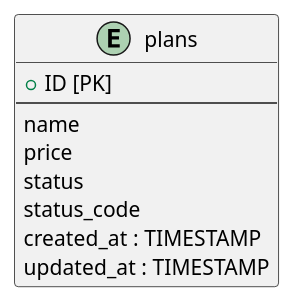
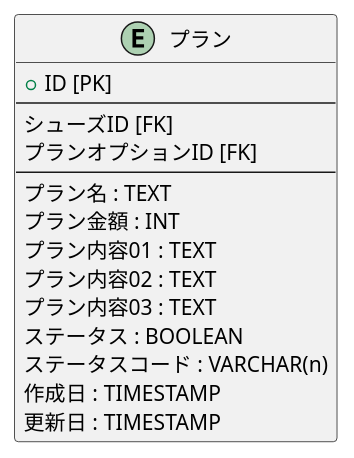
One commit to mybz-inc/sneaker changed the diagram in db/plans.pu. Above: the diagram before and after it, drawn with PlantUML. The commit also changed 17 other files, not shown here.

```diff
--- a/db/plans.pu
+++ b/db/plans.pu
@@ -1,12 +1,18 @@
-@startuml plans
-entity plans {
+@startuml プラン
+entity プラン {
   + ID [PK]
   --
-  name
-  price
-  status
-  status_code
-  created_at : TIMESTAMP
-  updated_at : TIMESTAMP
+  シューズID [FK]
+  プランオプションID [FK]
+  --
+  プラン名 : TEXT
+  プラン金額 : INT
+  プラン内容01 : TEXT
+  プラン内容02 : TEXT
+  プラン内容03 : TEXT
+  ステータス : BOOLEAN
+  ステータスコード : VARCHAR(n)
+  作成日 : TIMESTAMP
+  更新日 : TIMESTAMP
 }
 @enduml
```
